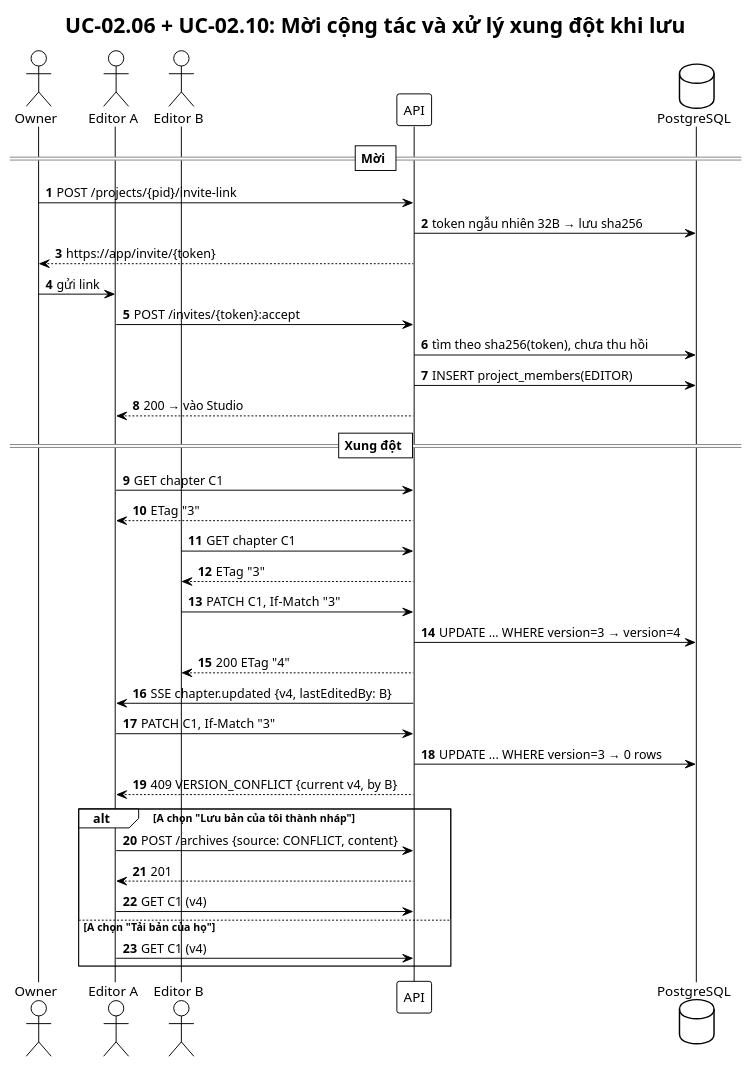
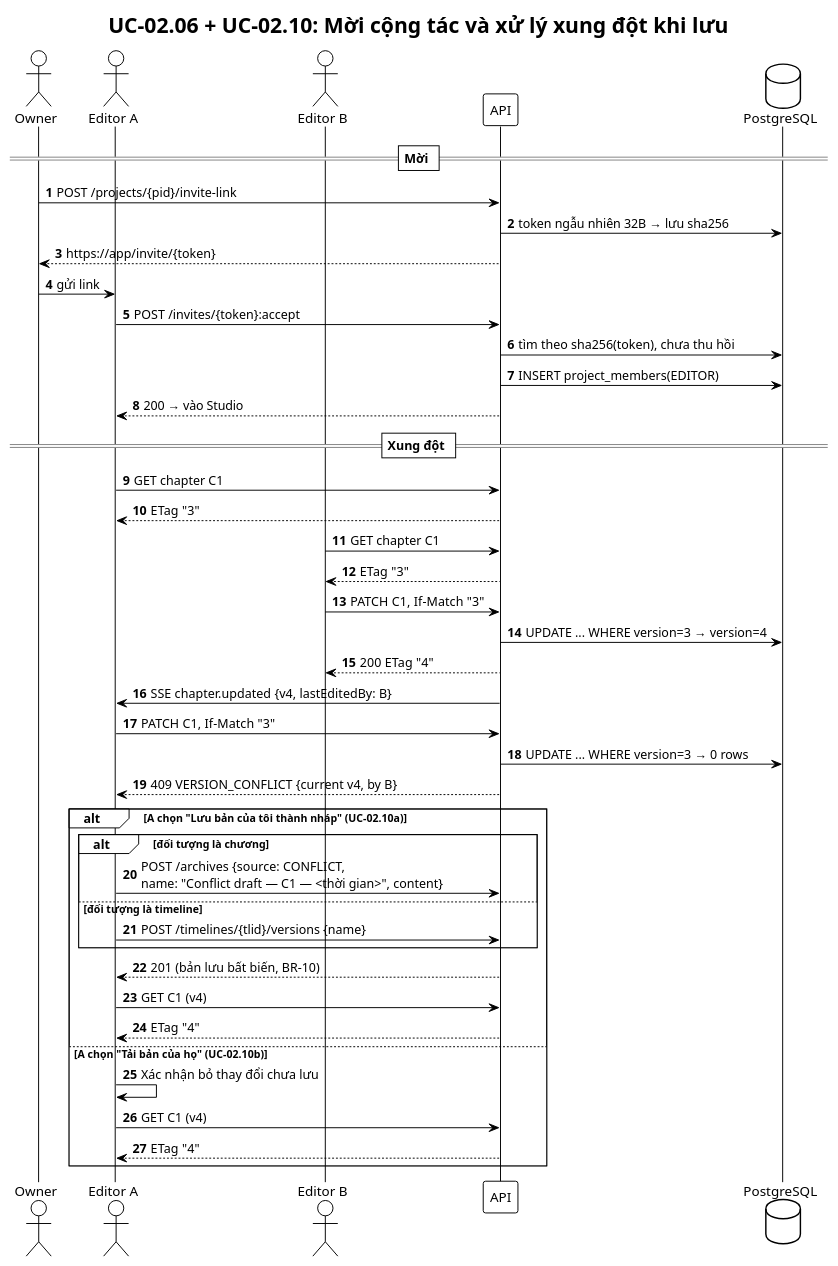
The diagram in demo-c2story/so-do/04-tuan-tu/seq-cong-tac-xung-dot.puml (202416852-anhpv/story2video-docs), drawn with PlantUML before and after one commit. The commit also changed 25 other files, not shown here.

```diff
--- a/demo-c2story/so-do/04-tuan-tu/seq-cong-tac-xung-dot.puml
+++ b/demo-c2story/so-do/04-tuan-tu/seq-cong-tac-xung-dot.puml
@@ -1,42 +1,49 @@
 @startuml Seq_CongTac_XungDot
 !theme plain
 skinparam defaultFontName "Segoe UI"
 skinparam sequenceMessageAlign left
 autonumber
 title UC-02.06 + UC-02.10: Mời cộng tác và xử lý xung đột khi lưu
 actor Owner
 actor "Editor A" as A
 actor "Editor B" as B
 participant "API" as API
 database PostgreSQL as DB
 
 == Mời ==
 Owner -> API : POST /projects/{pid}/invite-link
 API -> DB : token ngẫu nhiên 32B → lưu sha256
 API --> Owner : https://app/invite/{token}
 Owner -> A : gửi link
 A -> API : POST /invites/{token}:accept
 API -> DB : tìm theo sha256(token), chưa thu hồi
 API -> DB : INSERT project_members(EDITOR)
 API --> A : 200 → vào Studio
 
 == Xung đột ==
 A -> API : GET chapter C1
 API --> A : ETag "3"
 B -> API : GET chapter C1
 API --> B : ETag "3"
 B -> API : PATCH C1, If-Match "3"
 API -> DB : UPDATE ... WHERE version=3 → version=4
 API --> B : 200 ETag "4"
 API -> A : SSE chapter.updated {v4, lastEditedBy: B}
 A -> API : PATCH C1, If-Match "3"
 API -> DB : UPDATE ... WHERE version=3 → 0 rows
 API --> A : 409 VERSION_CONFLICT {current v4, by B}
-alt A chọn "Lưu bản của tôi thành nháp"
-    A -> API : POST /archives {source: CONFLICT, content}
-    API --> A : 201
+alt A chọn "Lưu bản của tôi thành nháp" (UC-02.10a)
+    alt đối tượng là chương
+        A -> API : POST /archives {source: CONFLICT,\nname: "Conflict draft — C1 — <thời gian>", content}
+    else đối tượng là timeline
+        A -> API : POST /timelines/{tlid}/versions {name}
+    end
+    API --> A : 201 (bản lưu bất biến, BR-10)
     A -> API : GET C1 (v4)
-else A chọn "Tải bản của họ"
+    API --> A : ETag "4"
+else A chọn "Tải bản của họ" (UC-02.10b)
+    A -> A : Xác nhận bỏ thay đổi chưa lưu
     A -> API : GET C1 (v4)
+    API --> A : ETag "4"
 end
 @enduml
```
